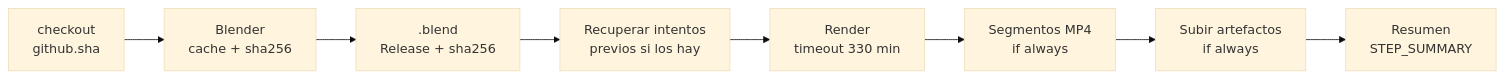
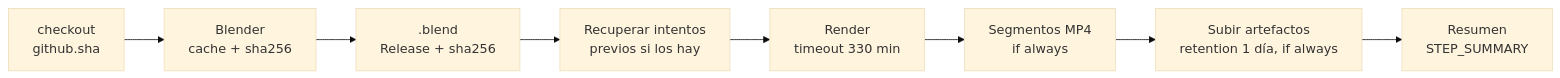
The third of 3 diagrams in docs/ESTRATEGIA_RENDER.md (mariogarcia131/Proyecto-Blender), drawn with Mermaid (base theme) before and after one commit. The commit also changed other lines of this file and 4 other files, not shown here.

````diff
--- a/docs/ESTRATEGIA_RENDER.md
+++ b/docs/ESTRATEGIA_RENDER.md
@@ -709,10 +1041,10 @@
 ```mermaid
 flowchart LR
     S1["checkout<br/>github.sha"] --> S2["Blender<br/>cache + sha256"]
     S2 --> S3[".blend<br/>Release + sha256"]
     S3 --> S4["Recuperar intentos<br/>previos si los hay"]
     S4 --> S5["Render<br/>timeout 330 min"]
     S5 --> S6["Segmentos MP4<br/>if always"]
-    S6 --> S7["Subir artefactos<br/>if always"]
+    S6 --> S7["Subir artefactos<br/>retention 1 día, if always"]
     S7 --> S8["Resumen<br/>STEP_SUMMARY"]
 ```
````
